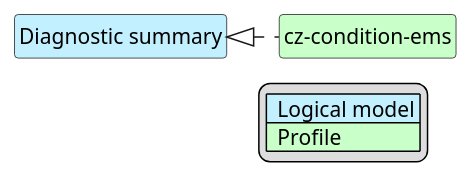
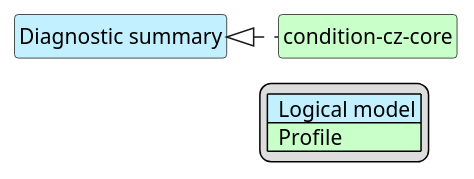
One commit to HL7-cz/cz-ems changed the diagram in input/images-source/emsDiagnosticSummary-map.plantuml. Above: the diagram before and after it, drawn with PlantUML. The commit also changed 23 other files, not shown here.

```diff
--- a/input/images-source/emsDiagnosticSummary-map.plantuml
+++ b/input/images-source/emsDiagnosticSummary-map.plantuml
@@ -1,21 +1,21 @@
 @startuml
 hide circle
 hide stereotype
 hide members
 hide methods
 skinparam linetype ortho
 skinparam class {
 BackgroundColor<<LogicalModel>> #APPLICATION
 BackgroundColor<<Profile>> #TECHNOLOGY
 }
 legend right
 | <#APPLICATION>  Logical model |
 | <#TECHNOLOGY>  Profile |
 endlegend
 
 class "Diagnostic summary" <<LogicalModel>> [[StructureDefinition-LogDiagnosticSummary.html]]
 
-class "cz-condition-ems" <<Profile>> [[StructureDefinition-cz-condition-ems.html]]
+class "condition-cz-core" <<Profile>> [[https://build.fhir.org/ig/HL7-cz/cz-core/StructureDefinition-condition-cz-core.html]]
 
-"Diagnostic summary" <|. "cz-condition-ems"
+"Diagnostic summary" <|. "condition-cz-core"
 @enduml
```
